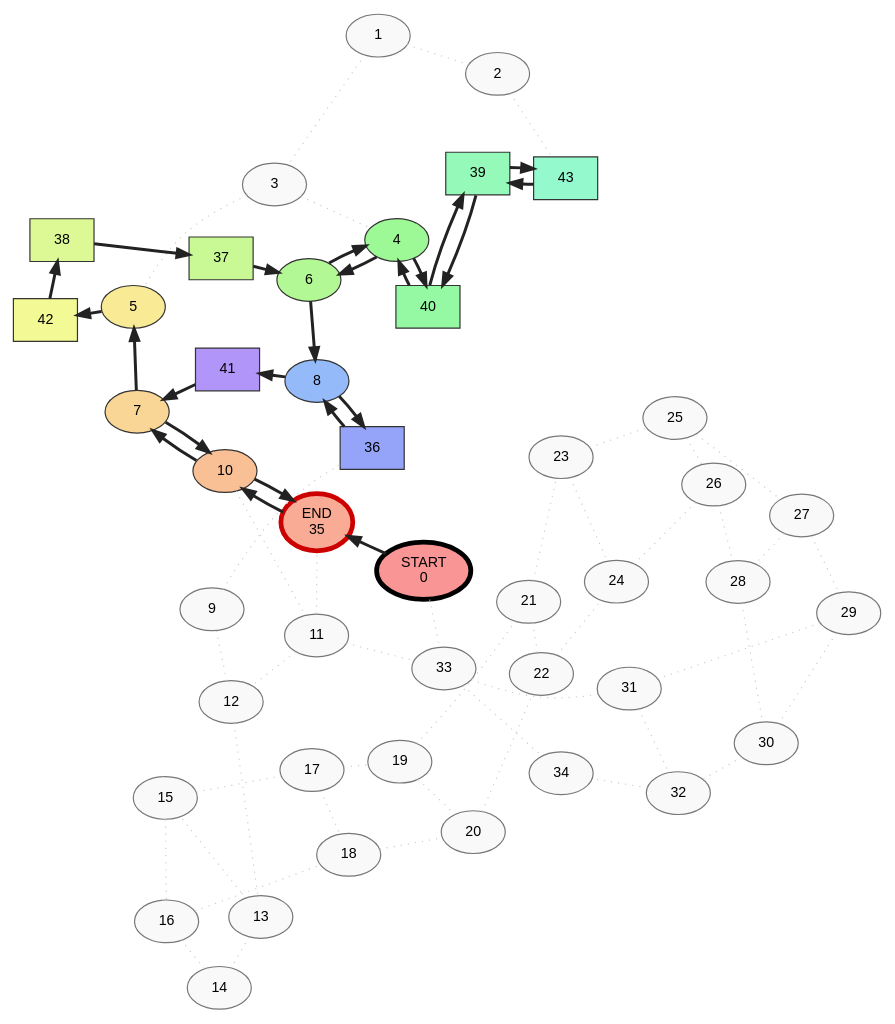
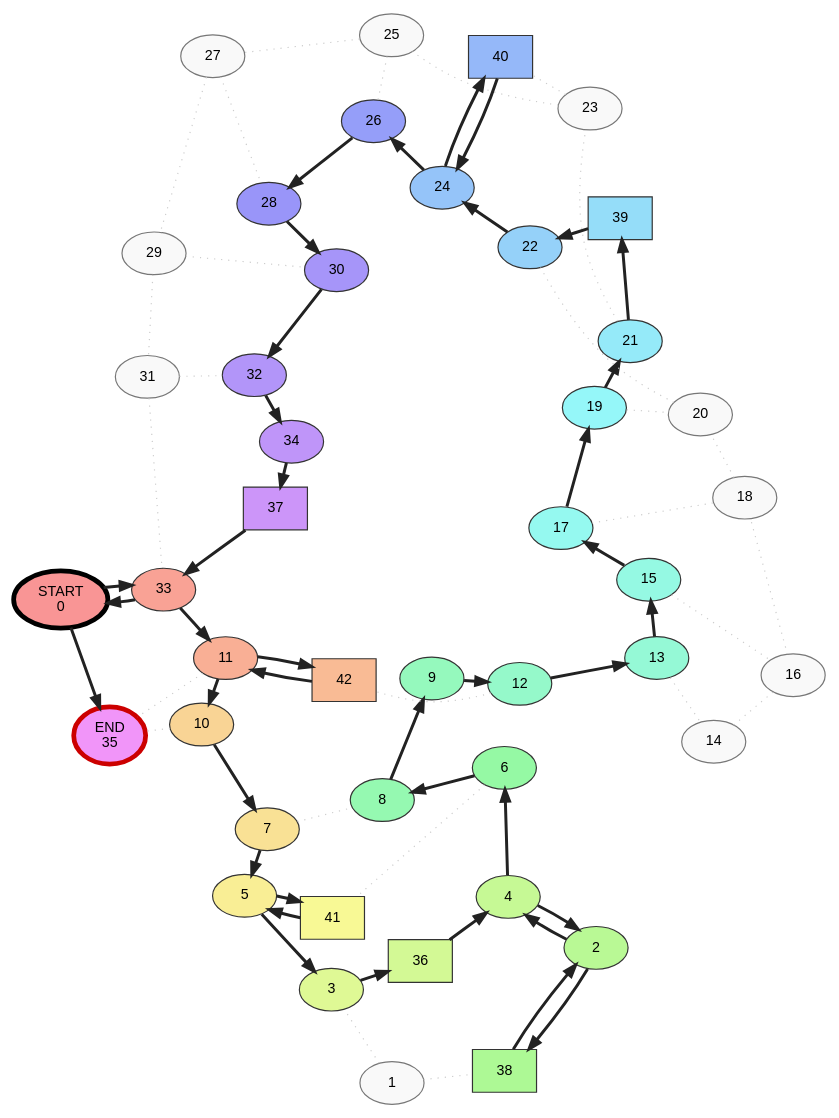
Before and after one commit to EmericBraud/fil_rouge_pharma: the diagram in final_path.dot, drawn with Graphviz. The commit also changed 13 other files, not shown here.

```diff
--- a/final_path.dot
+++ b/final_path.dot
@@ -1,120 +1,117 @@
 digraph Warehouse {
     layout=fdp;
     K=1.1;
     overlap=false;
     sep="+10";
     splines=true;
     edge [len=1.2];
     node [style="filled", fontname="Arial", fontsize=12, penwidth=1.5];
     0 [shape=ellipse, fillcolor="#f99595", color="#000000", penwidth=4, label="START\n0"];
     1 [shape=ellipse, fillcolor="#f9f9f9", color="#777777", penwidth=1, label="1"];
-    2 [shape=ellipse, fillcolor="#f9f9f9", color="#777777", penwidth=1, label="2"];
-    3 [shape=ellipse, fillcolor="#f9f9f9", color="#777777", penwidth=1, label="3"];
-    4 [shape=ellipse, fillcolor="#9df995", color="#333333", penwidth=1, label="4"];
-    5 [shape=ellipse, fillcolor="#f9eb95", color="#333333", penwidth=1, label="5"];
-    6 [shape=ellipse, fillcolor="#b2f995", color="#333333", penwidth=1, label="6"];
-    7 [shape=ellipse, fillcolor="#f9d695", color="#333333", penwidth=1, label="7"];
-    8 [shape=ellipse, fillcolor="#95baf9", color="#333333", penwidth=1, label="8"];
-    9 [shape=ellipse, fillcolor="#f9f9f9", color="#777777", penwidth=1, label="9"];
-    10 [shape=ellipse, fillcolor="#f9c095", color="#333333", penwidth=1, label="10"];
-    11 [shape=ellipse, fillcolor="#f9f9f9", color="#777777", penwidth=1, label="11"];
-    12 [shape=ellipse, fillcolor="#f9f9f9", color="#777777", penwidth=1, label="12"];
-    13 [shape=ellipse, fillcolor="#f9f9f9", color="#777777", penwidth=1, label="13"];
+    2 [shape=ellipse, fillcolor="#b9f995", color="#333333", penwidth=1, label="2"];
+    3 [shape=ellipse, fillcolor="#dff995", color="#333333", penwidth=1, label="3"];
+    4 [shape=ellipse, fillcolor="#c6f995", color="#333333", penwidth=1, label="4"];
+    5 [shape=ellipse, fillcolor="#f9ee95", color="#333333", penwidth=1, label="5"];
+    6 [shape=ellipse, fillcolor="#95f9a4", color="#333333", penwidth=1, label="6"];
+    7 [shape=ellipse, fillcolor="#f9e195", color="#333333", penwidth=1, label="7"];
+    8 [shape=ellipse, fillcolor="#95f9b1", color="#333333", penwidth=1, label="8"];
+    9 [shape=ellipse, fillcolor="#95f9bd", color="#333333", penwidth=1, label="9"];
+    10 [shape=ellipse, fillcolor="#f9d495", color="#333333", penwidth=1, label="10"];
+    11 [shape=ellipse, fillcolor="#f9af95", color="#333333", penwidth=1, label="11"];
+    12 [shape=ellipse, fillcolor="#95f9ca", color="#333333", penwidth=1, label="12"];
+    13 [shape=ellipse, fillcolor="#95f9d6", color="#333333", penwidth=1, label="13"];
     14 [shape=ellipse, fillcolor="#f9f9f9", color="#777777", penwidth=1, label="14"];
-    15 [shape=ellipse, fillcolor="#f9f9f9", color="#777777", penwidth=1, label="15"];
+    15 [shape=ellipse, fillcolor="#95f9e3", color="#333333", penwidth=1, label="15"];
     16 [shape=ellipse, fillcolor="#f9f9f9", color="#777777", penwidth=1, label="16"];
-    17 [shape=ellipse, fillcolor="#f9f9f9", color="#777777", penwidth=1, label="17"];
+    17 [shape=ellipse, fillcolor="#95f9f0", color="#333333", penwidth=1, label="17"];
     18 [shape=ellipse, fillcolor="#f9f9f9", color="#777777", penwidth=1, label="18"];
-    19 [shape=ellipse, fillcolor="#f9f9f9", color="#777777", penwidth=1, label="19"];
+    19 [shape=ellipse, fillcolor="#95f7f9", color="#333333", penwidth=1, label="19"];
     20 [shape=ellipse, fillcolor="#f9f9f9", color="#777777", penwidth=1, label="20"];
-    21 [shape=ellipse, fillcolor="#f9f9f9", color="#777777", penwidth=1, label="21"];
-    22 [shape=ellipse, fillcolor="#f9f9f9", color="#777777", penwidth=1, label="22"];
+    21 [shape=ellipse, fillcolor="#95eaf9", color="#333333", penwidth=1, label="21"];
+    22 [shape=ellipse, fillcolor="#95d1f9", color="#333333", penwidth=1, label="22"];
     23 [shape=ellipse, fillcolor="#f9f9f9", color="#777777", penwidth=1, label="23"];
-    24 [shape=ellipse, fillcolor="#f9f9f9", color="#777777", penwidth=1, label="24"];
+    24 [shape=ellipse, fillcolor="#95c4f9", color="#333333", penwidth=1, label="24"];
     25 [shape=ellipse, fillcolor="#f9f9f9", color="#777777", penwidth=1, label="25"];
-    26 [shape=ellipse, fillcolor="#f9f9f9", color="#777777", penwidth=1, label="26"];
+    26 [shape=ellipse, fillcolor="#959ef9", color="#333333", penwidth=1, label="26"];
     27 [shape=ellipse, fillcolor="#f9f9f9", color="#777777", penwidth=1, label="27"];
-    28 [shape=ellipse, fillcolor="#f9f9f9", color="#777777", penwidth=1, label="28"];
+    28 [shape=ellipse, fillcolor="#9995f9", color="#333333", penwidth=1, label="28"];
     29 [shape=ellipse, fillcolor="#f9f9f9", color="#777777", penwidth=1, label="29"];
-    30 [shape=ellipse, fillcolor="#f9f9f9", color="#777777", penwidth=1, label="30"];
+    30 [shape=ellipse, fillcolor="#a695f9", color="#333333", penwidth=1, label="30"];
     31 [shape=ellipse, fillcolor="#f9f9f9", color="#777777", penwidth=1, label="31"];
-    32 [shape=ellipse, fillcolor="#f9f9f9", color="#777777", penwidth=1, label="32"];
-    33 [shape=ellipse, fillcolor="#f9f9f9", color="#777777", penwidth=1, label="33"];
-    34 [shape=ellipse, fillcolor="#f9f9f9", color="#777777", penwidth=1, label="34"];
-    35 [shape=ellipse, fillcolor="#f9ab95", color="#cc0000", penwidth=4, label="END\n35"];
-    36 [shape=box, fillcolor="#95a4f9", color="#333333", penwidth=1, label="36"];
-    37 [shape=box, fillcolor="#c8f995", color="#333333", penwidth=1, label="37"];
-    38 [shape=box, fillcolor="#ddf995", color="#333333", penwidth=1, label="38"];
-    39 [shape=box, fillcolor="#95f9b9", color="#333333", penwidth=1, label="39"];
-    40 [shape=box, fillcolor="#95f9a3", color="#333333", penwidth=1, label="40"];
-    41 [shape=box, fillcolor="#b195f9", color="#333333", penwidth=1, label="41"];
-    42 [shape=box, fillcolor="#f2f995", color="#333333", penwidth=1, label="42"];
-    43 [shape=box, fillcolor="#95f9ce", color="#333333", penwidth=1, label="43"];
+    32 [shape=ellipse, fillcolor="#b295f9", color="#333333", penwidth=1, label="32"];
+    33 [shape=ellipse, fillcolor="#f9a295", color="#333333", penwidth=1, label="33"];
+    34 [shape=ellipse, fillcolor="#bf95f9", color="#333333", penwidth=1, label="34"];
+    35 [shape=ellipse, fillcolor="#f195f9", color="#cc0000", penwidth=4, label="END\n35"];
+    36 [shape=box, fillcolor="#d3f995", color="#333333", penwidth=1, label="36"];
+    37 [shape=box, fillcolor="#cc95f9", color="#333333", penwidth=1, label="37"];
+    38 [shape=box, fillcolor="#adf995", color="#333333", penwidth=1, label="38"];
+    39 [shape=box, fillcolor="#95ddf9", color="#333333", penwidth=1, label="39"];
+    40 [shape=box, fillcolor="#95b8f9", color="#333333", penwidth=1, label="40"];
+    41 [shape=box, fillcolor="#f8f995", color="#333333", penwidth=1, label="41"];
+    42 [shape=box, fillcolor="#f9bb95", color="#333333", penwidth=1, label="42"];
     0 -> 35 [penwidth=2.5, color="#222222", weight=10];
-    0 -> 33 [dir=none, color="#cccccc", style="dotted", weight=1];
+    0 -> 33 [penwidth=2.5, color="#222222", weight=10];
+    1 -> 38 [dir=none, color="#cccccc", style="dotted", weight=1];
     1 -> 3 [dir=none, color="#cccccc", style="dotted", weight=1];
-    1 -> 2 [dir=none, color="#cccccc", style="dotted", weight=1];
-    2 -> 43 [dir=none, color="#cccccc", style="dotted", weight=1];
-    3 -> 5 [dir=none, color="#cccccc", style="dotted", weight=1];
-    3 -> 4 [dir=none, color="#cccccc", style="dotted", weight=1];
-    4 -> 40 [penwidth=2.5, color="#222222", weight=10];
+    2 -> 38 [penwidth=2.5, color="#222222", weight=10];
+    2 -> 4 [penwidth=2.5, color="#222222", weight=10];
+    3 -> 36 [penwidth=2.5, color="#222222", weight=10];
     4 -> 6 [penwidth=2.5, color="#222222", weight=10];
-    5 -> 42 [penwidth=2.5, color="#222222", weight=10];
+    4 -> 2 [penwidth=2.5, color="#222222", weight=10];
+    5 -> 41 [penwidth=2.5, color="#222222", weight=10];
+    5 -> 3 [penwidth=2.5, color="#222222", weight=10];
+    6 -> 41 [dir=none, color="#cccccc", style="dotted", weight=1];
     6 -> 8 [penwidth=2.5, color="#222222", weight=10];
-    6 -> 4 [penwidth=2.5, color="#222222", weight=10];
-    7 -> 10 [penwidth=2.5, color="#222222", weight=10];
+    7 -> 8 [dir=none, color="#cccccc", style="dotted", weight=1];
     7 -> 5 [penwidth=2.5, color="#222222", weight=10];
-    8 -> 41 [penwidth=2.5, color="#222222", weight=10];
-    8 -> 36 [penwidth=2.5, color="#222222", weight=10];
-    9 -> 36 [dir=none, color="#cccccc", style="dotted", weight=1];
-    9 -> 12 [dir=none, color="#cccccc", style="dotted", weight=1];
-    10 -> 35 [penwidth=2.5, color="#222222", weight=10];
-    10 -> 11 [dir=none, color="#cccccc", style="dotted", weight=1];
+    8 -> 9 [penwidth=2.5, color="#222222", weight=10];
+    9 -> 12 [penwidth=2.5, color="#222222", weight=10];
+    10 -> 35 [dir=none, color="#cccccc", style="dotted", weight=1];
     10 -> 7 [penwidth=2.5, color="#222222", weight=10];
+    11 -> 42 [penwidth=2.5, color="#222222", weight=10];
     11 -> 35 [dir=none, color="#cccccc", style="dotted", weight=1];
-    11 -> 33 [dir=none, color="#cccccc", style="dotted", weight=1];
-    11 -> 12 [dir=none, color="#cccccc", style="dotted", weight=1];
-    12 -> 13 [dir=none, color="#cccccc", style="dotted", weight=1];
-    13 -> 15 [dir=none, color="#cccccc", style="dotted", weight=1];
+    11 -> 10 [penwidth=2.5, color="#222222", weight=10];
+    12 -> 42 [dir=none, color="#cccccc", style="dotted", weight=1];
+    12 -> 13 [penwidth=2.5, color="#222222", weight=10];
+    13 -> 15 [penwidth=2.5, color="#222222", weight=10];
     13 -> 14 [dir=none, color="#cccccc", style="dotted", weight=1];
     14 -> 16 [dir=none, color="#cccccc", style="dotted", weight=1];
-    15 -> 17 [dir=none, color="#cccccc", style="dotted", weight=1];
+    15 -> 17 [penwidth=2.5, color="#222222", weight=10];
     15 -> 16 [dir=none, color="#cccccc", style="dotted", weight=1];
     16 -> 18 [dir=none, color="#cccccc", style="dotted", weight=1];
-    17 -> 19 [dir=none, color="#cccccc", style="dotted", weight=1];
+    17 -> 19 [penwidth=2.5, color="#222222", weight=10];
     17 -> 18 [dir=none, color="#cccccc", style="dotted", weight=1];
     18 -> 20 [dir=none, color="#cccccc", style="dotted", weight=1];
-    19 -> 21 [dir=none, color="#cccccc", style="dotted", weight=1];
+    19 -> 21 [penwidth=2.5, color="#222222", weight=10];
     19 -> 20 [dir=none, color="#cccccc", style="dotted", weight=1];
     20 -> 22 [dir=none, color="#cccccc", style="dotted", weight=1];
+    21 -> 39 [penwidth=2.5, color="#222222", weight=10];
     21 -> 23 [dir=none, color="#cccccc", style="dotted", weight=1];
-    21 -> 22 [dir=none, color="#cccccc", style="dotted", weight=1];
-    22 -> 24 [dir=none, color="#cccccc", style="dotted", weight=1];
+    22 -> 24 [penwidth=2.5, color="#222222", weight=10];
+    23 -> 40 [dir=none, color="#cccccc", style="dotted", weight=1];
     23 -> 25 [dir=none, color="#cccccc", style="dotted", weight=1];
-    23 -> 24 [dir=none, color="#cccccc", style="dotted", weight=1];
-    24 -> 26 [dir=none, color="#cccccc", style="dotted", weight=1];
+    24 -> 40 [penwidth=2.5, color="#222222", weight=10];
+    24 -> 26 [penwidth=2.5, color="#222222", weight=10];
     25 -> 27 [dir=none, color="#cccccc", style="dotted", weight=1];
     25 -> 26 [dir=none, color="#cccccc", style="dotted", weight=1];
-    26 -> 28 [dir=none, color="#cccccc", style="dotted", weight=1];
+    26 -> 28 [penwidth=2.5, color="#222222", weight=10];
     27 -> 29 [dir=none, color="#cccccc", style="dotted", weight=1];
     27 -> 28 [dir=none, color="#cccccc", style="dotted", weight=1];
-    28 -> 30 [dir=none, color="#cccccc", style="dotted", weight=1];
+    28 -> 30 [penwidth=2.5, color="#222222", weight=10];
     29 -> 31 [dir=none, color="#cccccc", style="dotted", weight=1];
     29 -> 30 [dir=none, color="#cccccc", style="dotted", weight=1];
-    30 -> 32 [dir=none, color="#cccccc", style="dotted", weight=1];
+    30 -> 32 [penwidth=2.5, color="#222222", weight=10];
     31 -> 33 [dir=none, color="#cccccc", style="dotted", weight=1];
     31 -> 32 [dir=none, color="#cccccc", style="dotted", weight=1];
-    32 -> 34 [dir=none, color="#cccccc", style="dotted", weight=1];
-    33 -> 34 [dir=none, color="#cccccc", style="dotted", weight=1];
-    35 -> 10 [penwidth=2.5, color="#222222", weight=10];
-    36 -> 8 [penwidth=2.5, color="#222222", weight=10];
-    37 -> 6 [penwidth=2.5, color="#222222", weight=10];
-    38 -> 37 [penwidth=2.5, color="#222222", weight=10];
-    39 -> 40 [penwidth=2.5, color="#222222", weight=10];
-    39 -> 43 [penwidth=2.5, color="#222222", weight=10];
-    40 -> 4 [penwidth=2.5, color="#222222", weight=10];
-    40 -> 39 [penwidth=2.5, color="#222222", weight=10];
-    41 -> 7 [penwidth=2.5, color="#222222", weight=10];
-    42 -> 38 [penwidth=2.5, color="#222222", weight=10];
-    43 -> 39 [penwidth=2.5, color="#222222", weight=10];
+    32 -> 34 [penwidth=2.5, color="#222222", weight=10];
+    33 -> 11 [penwidth=2.5, color="#222222", weight=10];
+    33 -> 0 [penwidth=2.5, color="#222222", weight=10];
+    34 -> 37 [penwidth=2.5, color="#222222", weight=10];
+    36 -> 4 [penwidth=2.5, color="#222222", weight=10];
+    37 -> 33 [penwidth=2.5, color="#222222", weight=10];
+    38 -> 2 [penwidth=2.5, color="#222222", weight=10];
+    39 -> 22 [penwidth=2.5, color="#222222", weight=10];
+    40 -> 24 [penwidth=2.5, color="#222222", weight=10];
+    41 -> 5 [penwidth=2.5, color="#222222", weight=10];
+    42 -> 11 [penwidth=2.5, color="#222222", weight=10];
 }
```
